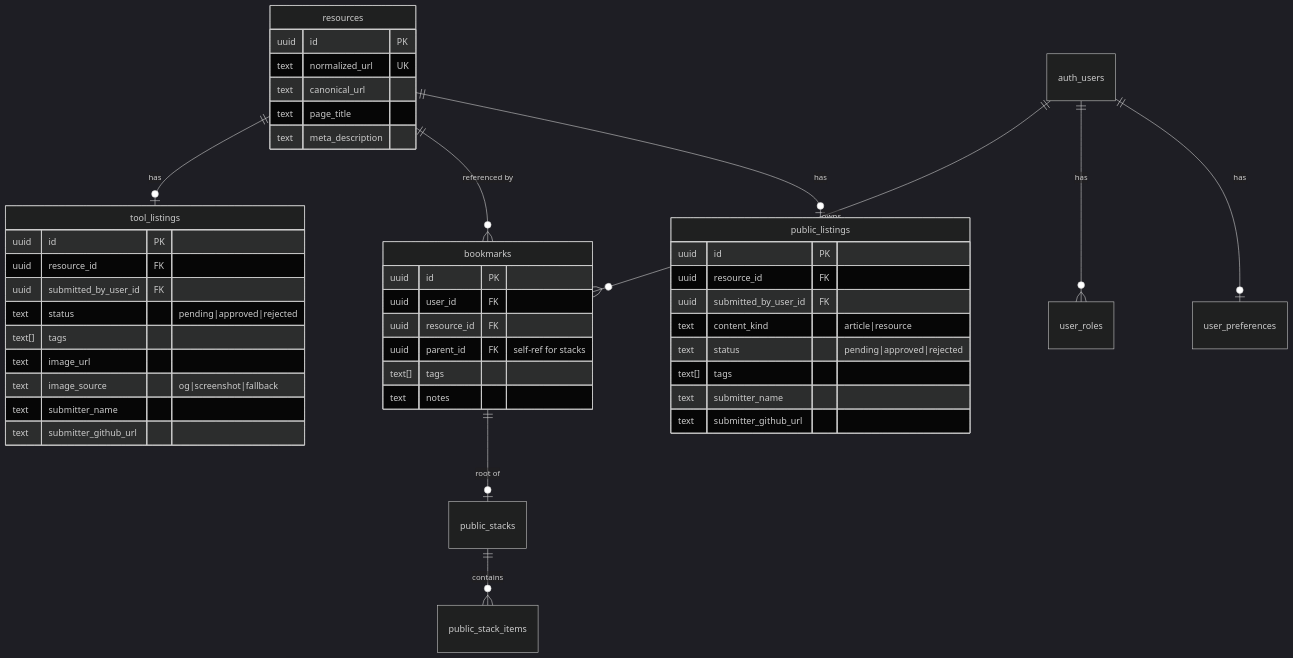
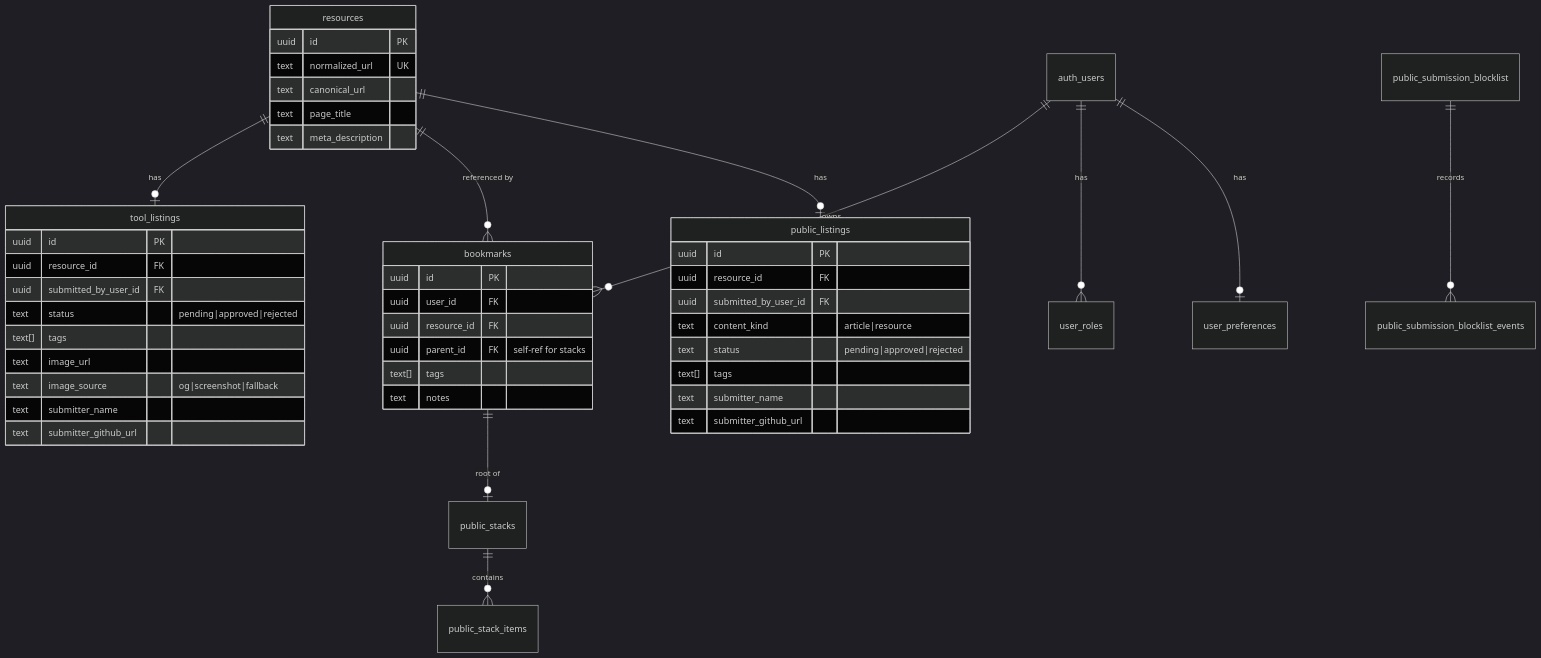
One commit to schalkneethling/makerbench-next changed the third of 7 diagrams in architecture.md. Above: the diagram before and after it, drawn with Mermaid (dark theme). The commit also changed other lines of this file and 11 other files, not shown here.

Commit message:
feat: complete public submission launch readiness

````diff
--- a/architecture.md
+++ b/architecture.md
@@ -304,51 +323,52 @@
 ```mermaid
 erDiagram
     resources ||--o| tool_listings : "has"
     resources ||--o{ bookmarks : "referenced by"
     auth_users ||--o{ bookmarks : "owns"
     auth_users ||--o{ user_roles : "has"
     auth_users ||--o| user_preferences : "has"
     resources ||--o| public_listings : "has"
     bookmarks ||--o| public_stacks : "root of"
     public_stacks ||--o{ public_stack_items : "contains"
+    public_submission_blocklist ||--o{ public_submission_blocklist_events : "records"
 
     resources {
         uuid id PK
         text normalized_url UK
         text canonical_url
         text page_title
         text meta_description
     }
 
     tool_listings {
         uuid id PK
         uuid resource_id FK
         uuid submitted_by_user_id FK
         text status "pending|approved|rejected"
         text[] tags
         text image_url
         text image_source "og|screenshot|fallback"
         text submitter_name
         text submitter_github_url
     }
 
     public_listings {
         uuid id PK
         uuid resource_id FK
         uuid submitted_by_user_id FK
         text content_kind "article|resource"
         text status "pending|approved|rejected"
         text[] tags
         text submitter_name
         text submitter_github_url
     }
 
     bookmarks {
         uuid id PK
         uuid user_id FK
         uuid resource_id FK
         uuid parent_id FK "self-ref for stacks"
         text[] tags
         text notes
     }
 ```
````
